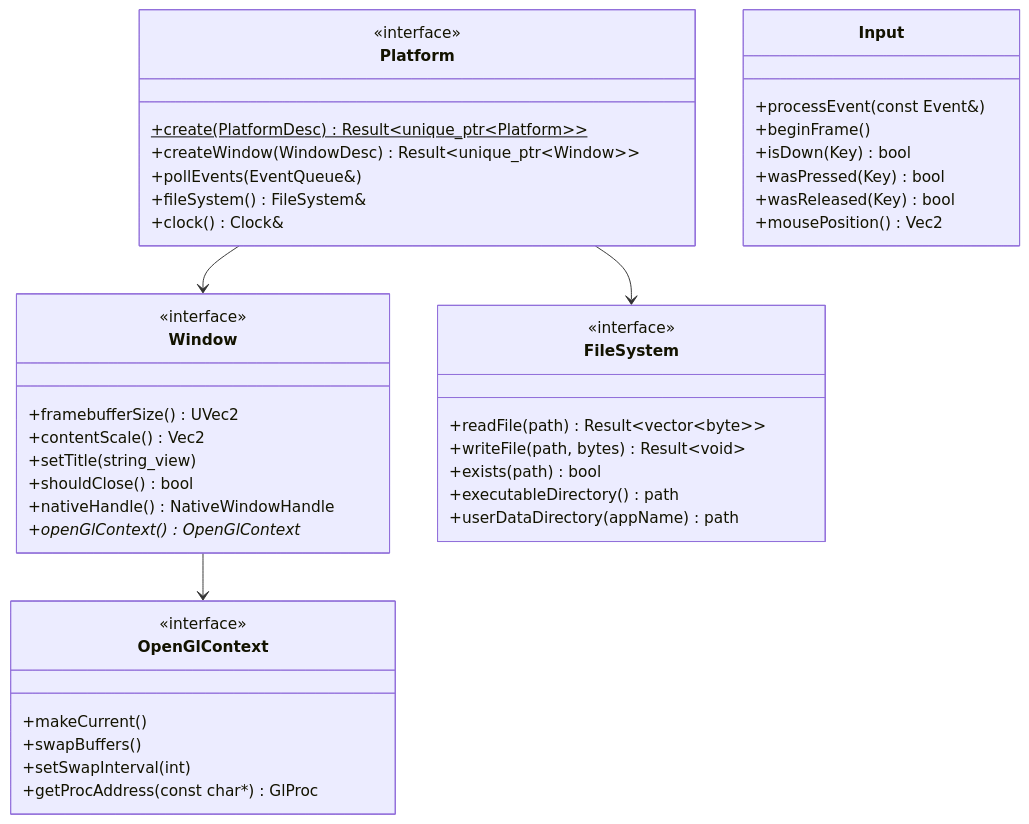
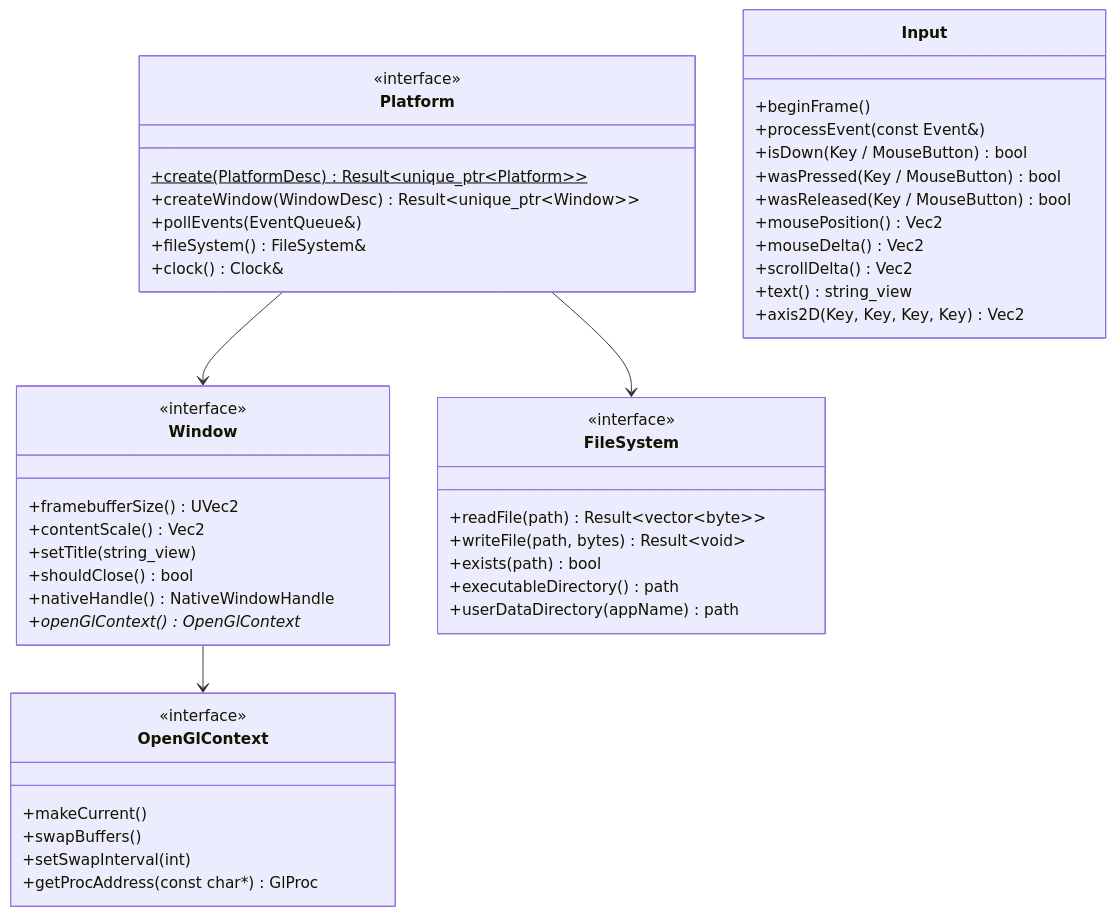
The diagram in docs/architecture/platform-abstraction.md (fyernald/teserra), drawn with Mermaid before and after one commit. The commit also changed other lines of this file and 17 other files, not shown here.

First line of the commit message:
feat(platform): add keyboard and mouse input with per-frame edges (#162)

````diff
--- a/docs/architecture/platform-abstraction.md
+++ b/docs/architecture/platform-abstraction.md
@@ -21,46 +21,50 @@
 ```mermaid
 classDiagram
     class Platform {
         <<interface>>
         +create(PlatformDesc) Result~unique_ptr~Platform~~$
         +createWindow(WindowDesc) Result~unique_ptr~Window~~
         +pollEvents(EventQueue&)
         +fileSystem() FileSystem&
         +clock() Clock&
     }
     class Window {
         <<interface>>
         +framebufferSize() UVec2
         +contentScale() Vec2
         +setTitle(string_view)
         +shouldClose() bool
         +nativeHandle() NativeWindowHandle
         +openGlContext() OpenGlContext*
     }
     class OpenGlContext {
         <<interface>>
         +makeCurrent()
         +swapBuffers()
         +setSwapInterval(int)
         +getProcAddress(const char*) GlProc
     }
     class Input {
+        +beginFrame()
         +processEvent(const Event&)
-        +beginFrame()
-        +isDown(Key) bool
-        +wasPressed(Key) bool
-        +wasReleased(Key) bool
+        +isDown(Key / MouseButton) bool
+        +wasPressed(Key / MouseButton) bool
+        +wasReleased(Key / MouseButton) bool
         +mousePosition() Vec2
+        +mouseDelta() Vec2
+        +scrollDelta() Vec2
+        +text() string_view
+        +axis2D(Key, Key, Key, Key) Vec2
     }
     class FileSystem {
         <<interface>>
         +readFile(path) Result~vector~byte~~
         +writeFile(path, bytes) Result~void~
         +exists(path) bool
         +executableDirectory() path
         +userDataDirectory(appName) path
     }
     Platform --> Window
     Window --> OpenGlContext
     Platform --> FileSystem
 ```
````
